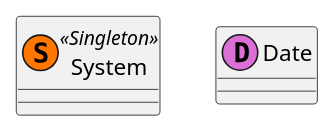
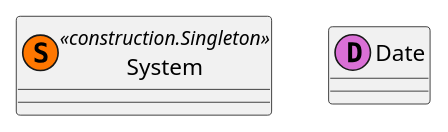
Diagram 21 of 38 in src/main/java/PlantUMLClassDiagramTutorial.puml (soffiane/java-design-patterns), drawn with PlantUML before and after one commit. The commit also changed 225 other files, not shown here.

```diff
--- a/src/main/java/PlantUMLClassDiagramTutorial.puml
+++ b/src/main/java/PlantUMLClassDiagramTutorial.puml
@@ -370,4 +370,4 @@
 @startuml
-class System << (S,#FF7700) Singleton >>
+class System << (S,#FF7700) construction.Singleton >>
 class Date << (D,orchid) >>
 @enduml
```
